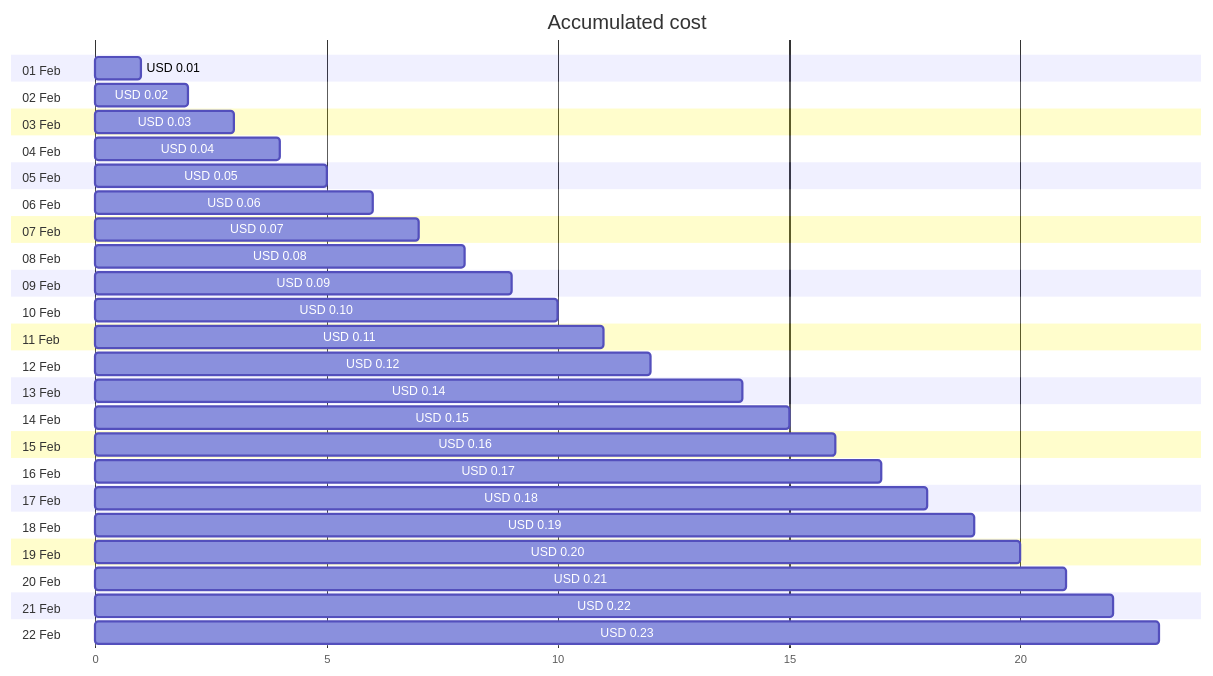
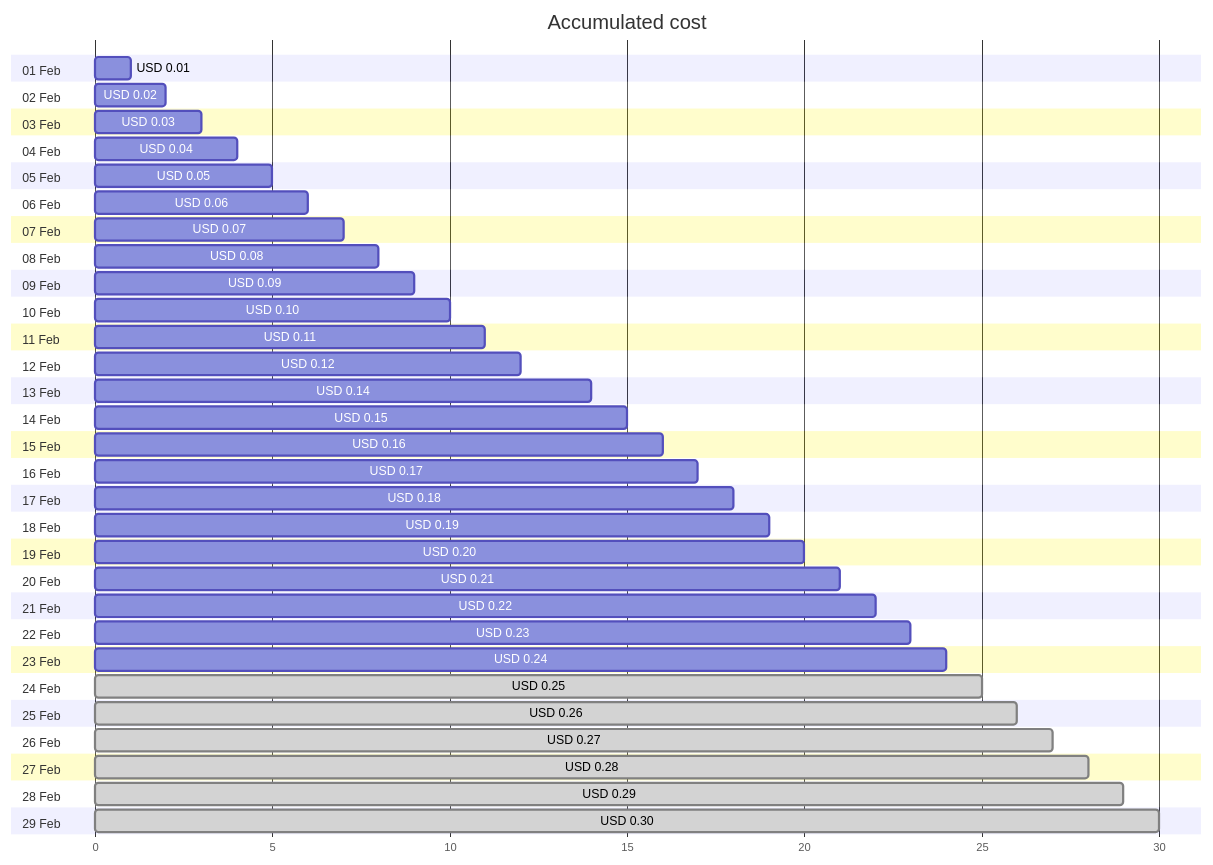
One commit to jpfulton/azure-personal-reports changed the first of 4 diagrams in cost-reports/cloud-shell-storage-eastus/cs2100300008c8d894b.md. Above: the diagram before and after it, drawn with Mermaid. The commit also changed other lines of this file and 1 other file, not shown here.

````diff
--- a/cost-reports/cloud-shell-storage-eastus/cs2100300008c8d894b.md
+++ b/cost-reports/cloud-shell-storage-eastus/cs2100300008c8d894b.md
@@ -20,50 +20,64 @@
 ```mermaid
 gantt
    title Accumulated cost
    dateFormat  X
    axisFormat %s
    section 01 Feb
    USD 0.01 :0, 1
    section 02 Feb
    USD 0.02 :0, 2
    section 03 Feb
    USD 0.03 :0, 3
    section 04 Feb
    USD 0.04 :0, 4
    section 05 Feb
    USD 0.05 :0, 5
    section 06 Feb
    USD 0.06 :0, 6
    section 07 Feb
    USD 0.07 :0, 7
    section 08 Feb
    USD 0.08 :0, 8
    section 09 Feb
    USD 0.09 :0, 9
    section 10 Feb
    USD 0.10 :0, 10
    section 11 Feb
    USD 0.11 :0, 11
    section 12 Feb
    USD 0.12 :0, 12
    section 13 Feb
    USD 0.14 :0, 14
    section 14 Feb
    USD 0.15 :0, 15
    section 15 Feb
    USD 0.16 :0, 16
    section 16 Feb
    USD 0.17 :0, 17
    section 17 Feb
    USD 0.18 :0, 18
    section 18 Feb
    USD 0.19 :0, 19
    section 19 Feb
    USD 0.20 :0, 20
    section 20 Feb
    USD 0.21 :0, 21
    section 21 Feb
    USD 0.22 :0, 22
    section 22 Feb
    USD 0.23 :0, 23
+   section 23 Feb
+   USD 0.24 :0, 24
+   section 24 Feb
+   USD 0.25 : done, 0, 25
+   section 25 Feb
+   USD 0.26 : done, 0, 26
+   section 26 Feb
+   USD 0.27 : done, 0, 27
+   section 27 Feb
+   USD 0.28 : done, 0, 28
+   section 28 Feb
+   USD 0.29 : done, 0, 29
+   section 29 Feb
+   USD 0.30 : done, 0, 30
 ```
````
